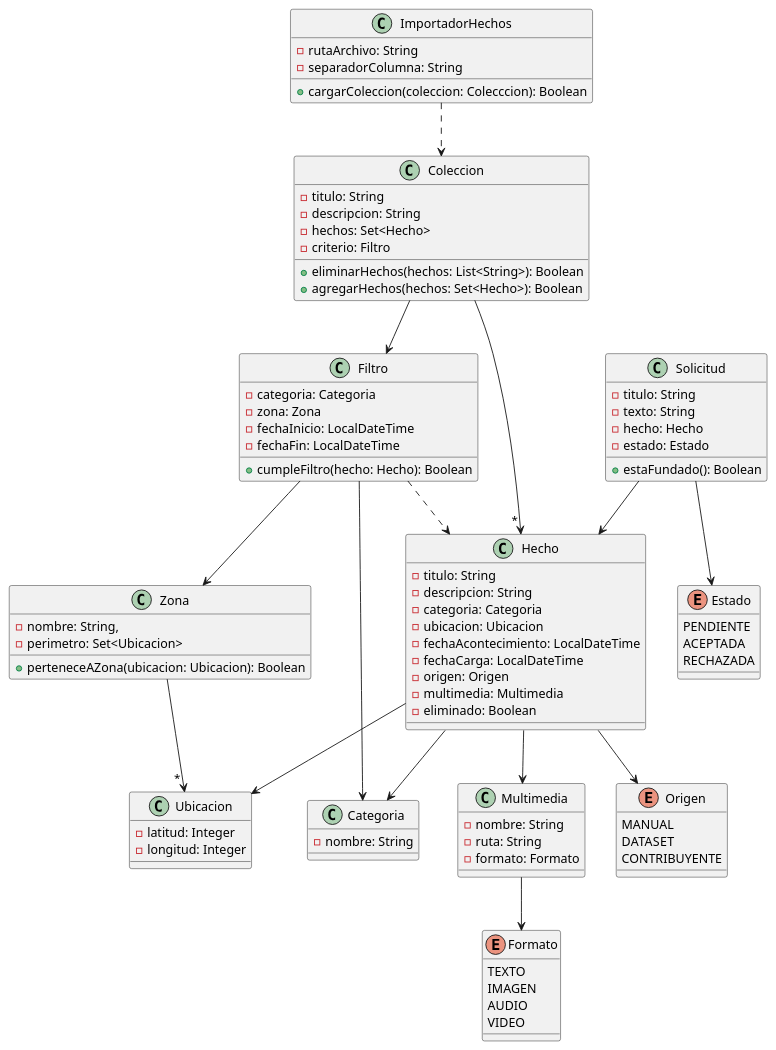
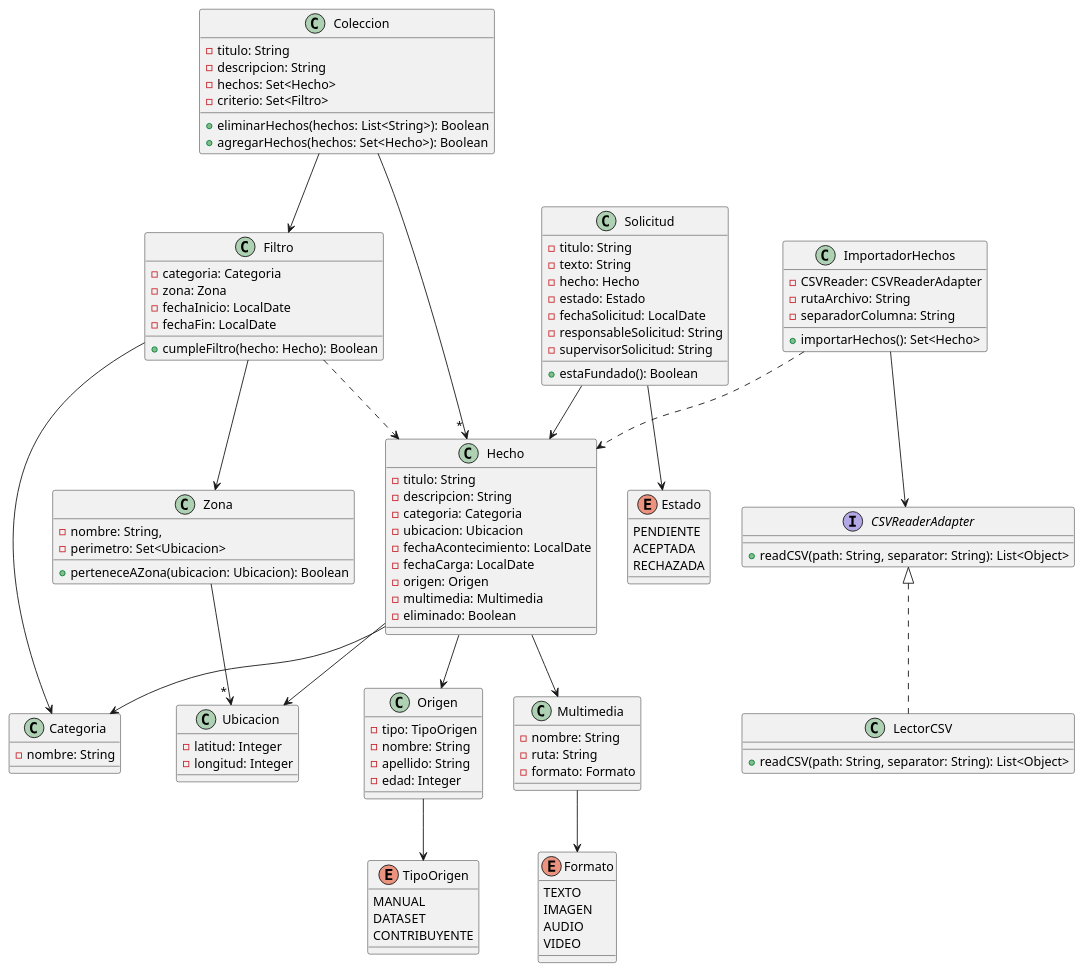
The diagram in docs/diagrama_de_clases.puml (Leo-de-Riv3r/2025-tpa-ma-ma-grupo-02-deploy), drawn with PlantUML before and after one commit. The commit also changed 1 other file, not shown here.

Commit message:
actualizo diagrama de clases

```diff
--- a/docs/diagrama_de_clases.puml
+++ b/docs/diagrama_de_clases.puml
@@ -10,108 +10,130 @@
 @startuml
 'https://plantuml.com/class-diagram
 
 Multimedia --> Formato
 
 Hecho --> Categoria
 Hecho --> Ubicacion
 Hecho --> Origen
 Hecho --> Multimedia
 
 Zona --> " * " Ubicacion
 
+Origen --> TipoOrigen
+
 Filtro --> Zona
 Filtro --> Categoria
 Filtro ..> Hecho
 
 Coleccion --> " * " Hecho
 Coleccion --> Filtro
 
 Solicitud --> Hecho
 Solicitud --> Estado
 
-ImportadorHechos ..> Coleccion
+ImportadorHechos ..> Hecho
+ImportadorHechos --> CSVReaderAdapter
 
 class Categoria {
     - nombre: String
 }
 
 class Ubicacion {
     - latitud: Integer
     - longitud: Integer
 }
 
-enum Origen {
+class Origen {
+    - tipo: TipoOrigen
+    - nombre: String
+    - apellido: String
+    - edad: Integer
+}
+
+enum TipoOrigen {
     MANUAL
     DATASET
     CONTRIBUYENTE
 }
 
 enum Formato {
     TEXTO
     IMAGEN
     AUDIO
     VIDEO
 }
 
 class Multimedia {
     - nombre: String
     - ruta: String
     - formato: Formato
 }
 
 class Hecho {
     - titulo: String
     - descripcion: String
     - categoria: Categoria
     - ubicacion: Ubicacion
-    - fechaAcontecimiento: LocalDateTime
-    - fechaCarga: LocalDateTime
+    - fechaAcontecimiento: LocalDate
+    - fechaCarga: LocalDate
     - origen: Origen
     - multimedia: Multimedia
     - eliminado: Boolean
 }
 
 class Zona {
     - nombre: String,
     - perimetro: Set<Ubicacion>
     + perteneceAZona(ubicacion: Ubicacion): Boolean
 }
 
 class Filtro {
     - categoria: Categoria
     - zona: Zona
-    - fechaInicio: LocalDateTime
-    - fechaFin: LocalDateTime
+    - fechaInicio: LocalDate
+    - fechaFin: LocalDate
     + cumpleFiltro(hecho: Hecho): Boolean
 }
 
 class Coleccion {
     - titulo: String
     - descripcion: String
     - hechos: Set<Hecho>
-    - criterio: Filtro
+    - criterio: Set<Filtro>
     + eliminarHechos(hechos: List<String>): Boolean
     + agregarHechos(hechos: Set<Hecho>): Boolean
 }
 
 enum Estado {
     PENDIENTE
     ACEPTADA
     RECHAZADA
 }
 
 class Solicitud {
    - titulo: String
    - texto: String
    - hecho: Hecho
    - estado: Estado
+   - fechaSolicitud: LocalDate
+   - responsableSolicitud: String
+   - supervisorSolicitud: String
    + estaFundado(): Boolean
 }
 
+class LectorCSV implements CSVReaderAdapter {
+    + readCSV(path: String, separator: String): List<Object>
+}
+
+interface CSVReaderAdapter {
+    + readCSV(path: String, separator: String): List<Object>
+}
+
 class ImportadorHechos {
+    - CSVReader: CSVReaderAdapter
     - rutaArchivo: String
     - separadorColumna: String
-    + cargarColeccion(coleccion: Colecccion): Boolean
+    + importarHechos(): Set<Hecho>
 }
 
 @enduml
```
